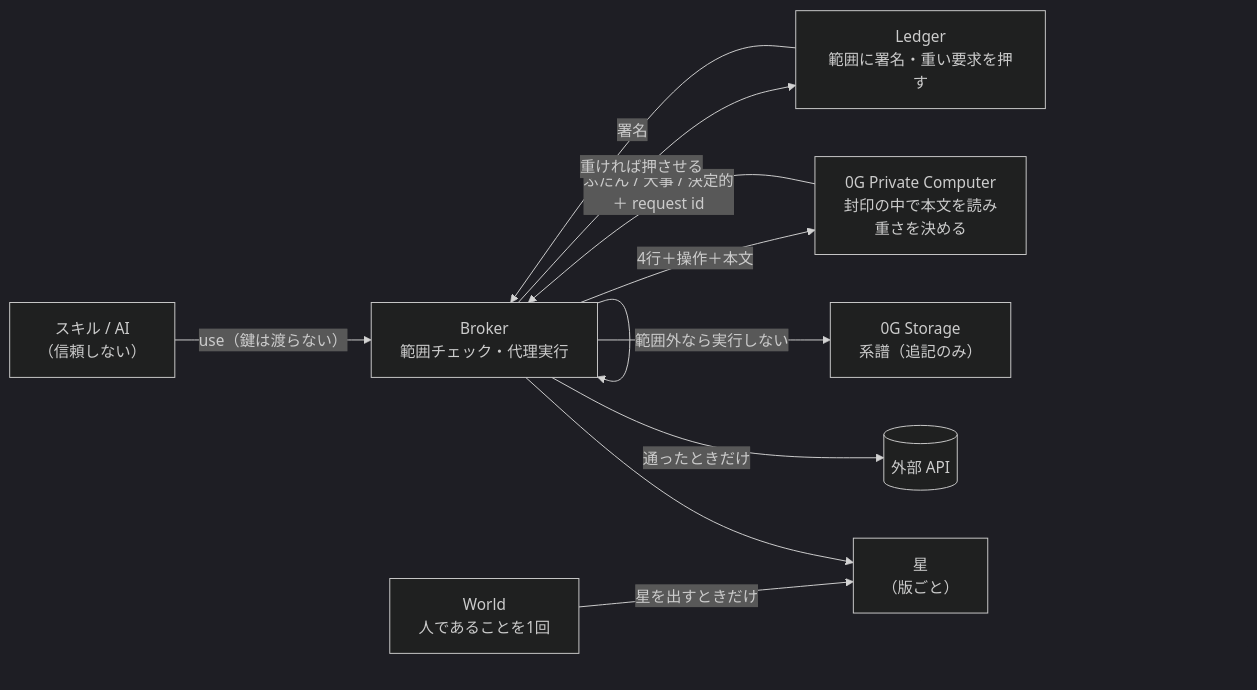
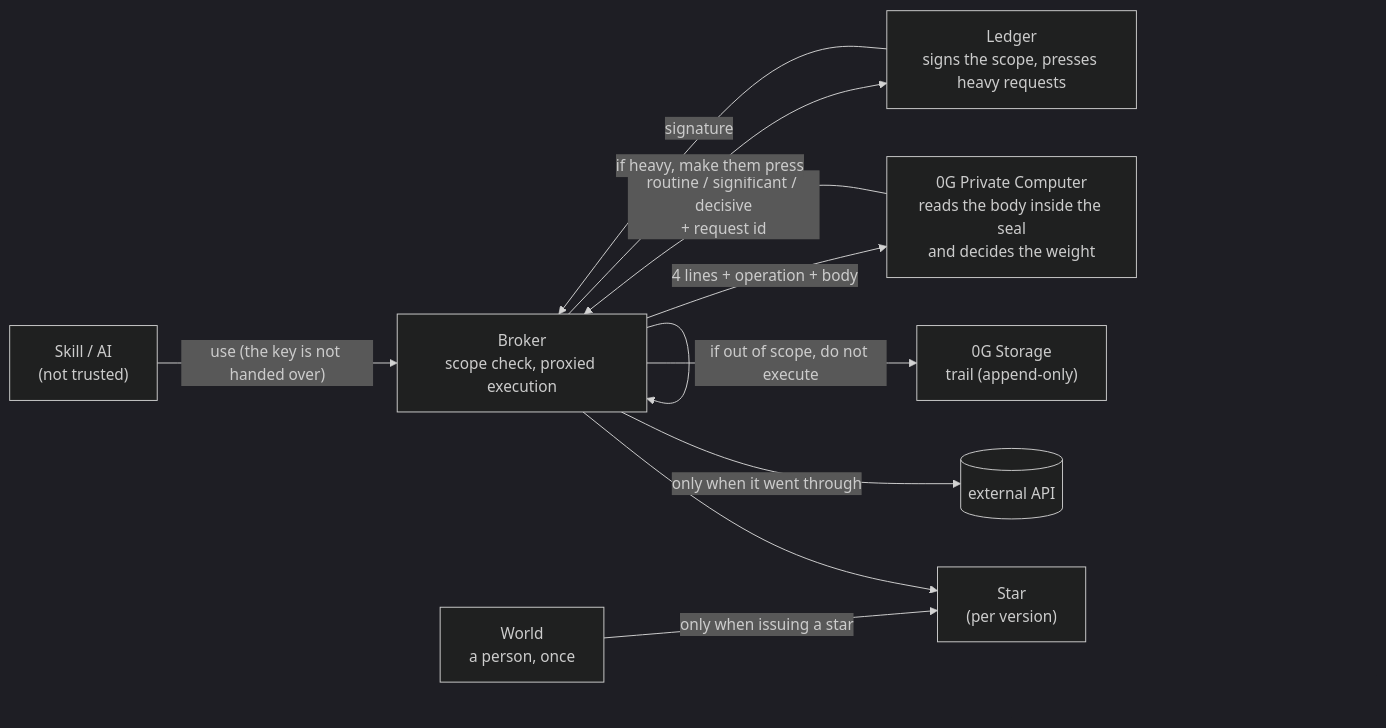
The diagram in ideation/2026-11-06-architecture-v3.md (kou-uni/ethglobal-mumbai), drawn with Mermaid (dark theme) before and after one commit. The commit also changed other lines of this file and 14 other files, not shown here.

````diff
--- a/ideation/2026-11-06-architecture-v3.md
+++ b/ideation/2026-11-06-architecture-v3.md
@@ -71,22 +73,22 @@
 ```mermaid
 flowchart LR
-  SK["スキル / AI<br/>（信頼しない）"]
-  BR["Broker<br/>範囲チェック・代理実行"]
-  LG["Ledger<br/>範囲に署名・重い要求を押す"]
-  ZG["0G Private Computer<br/>封印の中で本文を読み<br/>重さを決める"]
-  ST["0G Storage<br/>系譜（追記のみ）"]
-  WD["World<br/>人であることを1回"]
-  API[("外部 API")]
-  STAR["星<br/>（版ごと）"]
+  SK["Skill / AI<br/>(not trusted)"]
+  BR["Broker<br/>scope check, proxied execution"]
+  LG["Ledger<br/>signs the scope, presses heavy requests"]
+  ZG["0G Private Computer<br/>reads the body inside the seal<br/>and decides the weight"]
+  ST["0G Storage<br/>trail (append-only)"]
+  WD["World<br/>a person, once"]
+  API[("external API")]
+  STAR["Star<br/>(per version)"]
 
-  SK -- "use（鍵は渡らない）" --> BR
-  BR -- "範囲外なら実行しない" --> BR
-  BR -- "4行＋操作＋本文" --> ZG
-  ZG -- "ふだん / 大事 / 決定的<br/>＋ request id" --> BR
-  BR -- "重ければ押させる" --> LG
-  LG -- "署名" --> BR
-  BR -- "通ったときだけ" --> API
+  SK -- "use (the key is not handed over)" --> BR
+  BR -- "if out of scope, do not execute" --> BR
+  BR -- "4 lines + operation + body" --> ZG
+  ZG -- "routine / significant / decisive<br/>+ request id" --> BR
+  BR -- "if heavy, make them press" --> LG
+  LG -- "signature" --> BR
+  BR -- "only when it went through" --> API
   BR --> ST
-  WD -- "星を出すときだけ" --> STAR
+  WD -- "only when issuing a star" --> STAR
   BR --> STAR
 ```
````
